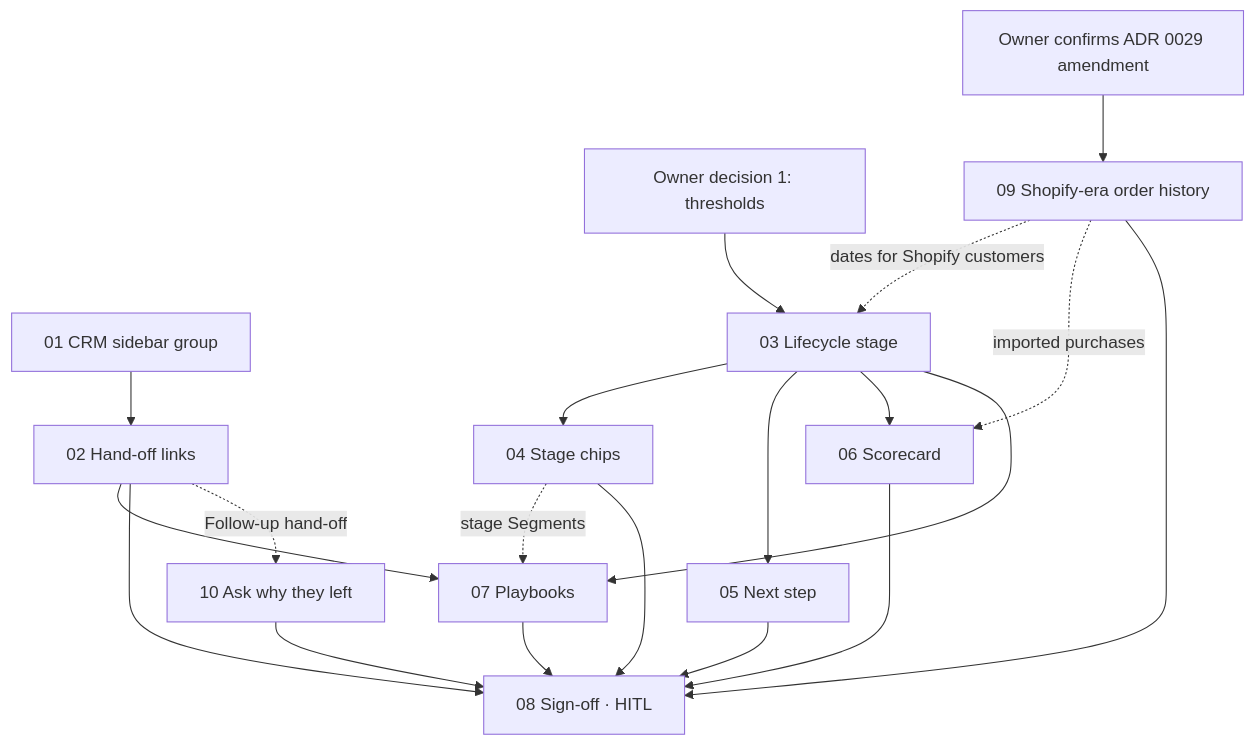
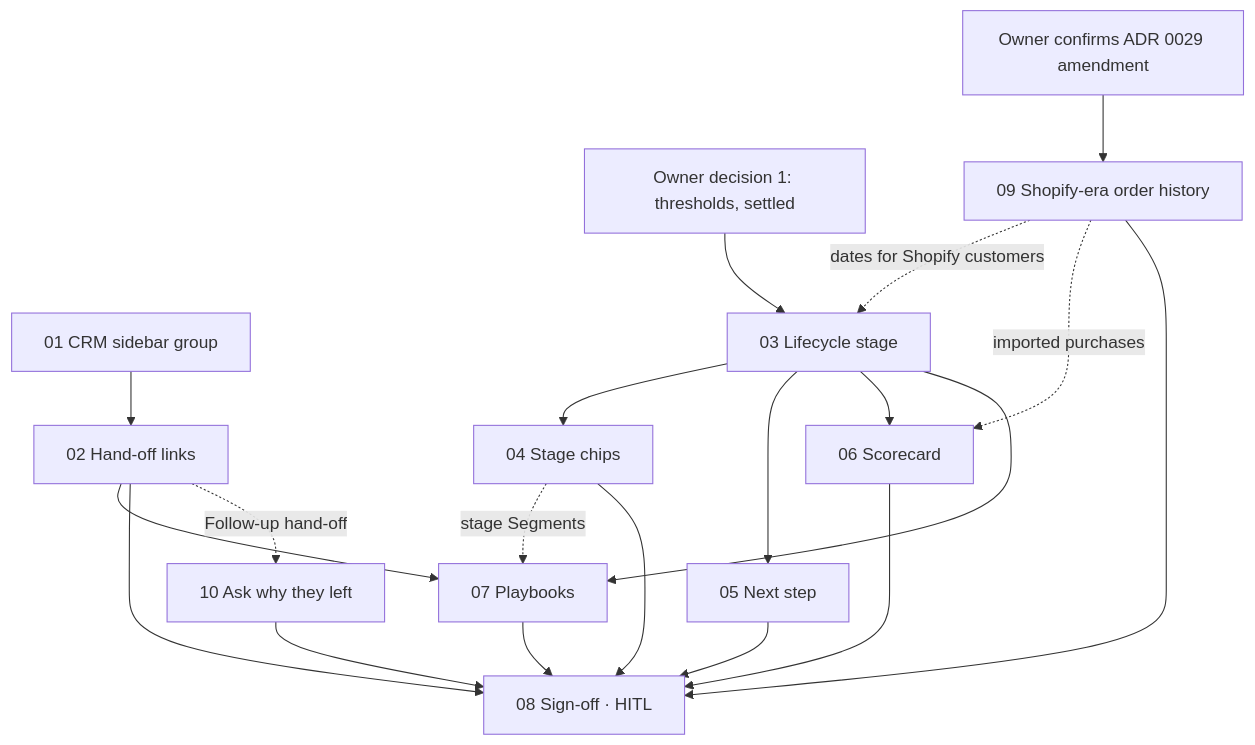
The diagram in .claude/PRD-crm-retention-loop/issues/README.md (ivanyeors/mp), drawn with Mermaid before and after one commit. The commit also changed other lines of this file and 36 other files, not shown here.

````diff
--- a/.claude/PRD-crm-retention-loop/issues/README.md
+++ b/.claude/PRD-crm-retention-loop/issues/README.md
@@ -30,35 +30,35 @@
 ```mermaid
 graph TD
   s01[01 CRM sidebar group]
   s02[02 Hand-off links]
-  d12[Owner decision 1: thresholds]
+  d12[Owner decision 1: thresholds, settled]
   d29[Owner confirms ADR 0029 amendment]
   s09[09 Shopify-era order history]
   s10[10 Ask why they left]
   s03[03 Lifecycle stage]
   s04[04 Stage chips]
   s05[05 Next step]
   s06[06 Scorecard]
   s07[07 Playbooks]
   s08[08 Sign-off · HITL]
 
   s01 --> s02
   d12 --> s03
   s03 --> s04
   s03 --> s05
   s03 --> s06
   s02 --> s07
   s03 --> s07
   s04 -. stage Segments .-> s07
   s02 --> s08
   s04 --> s08
   s05 --> s08
   s06 --> s08
   s07 --> s08
   d29 --> s09
   s09 -. dates for Shopify customers .-> s03
   s09 -. imported purchases .-> s06
   s02 -. Follow-up hand-off .-> s10
   s09 --> s08
   s10 --> s08
 ```
````
